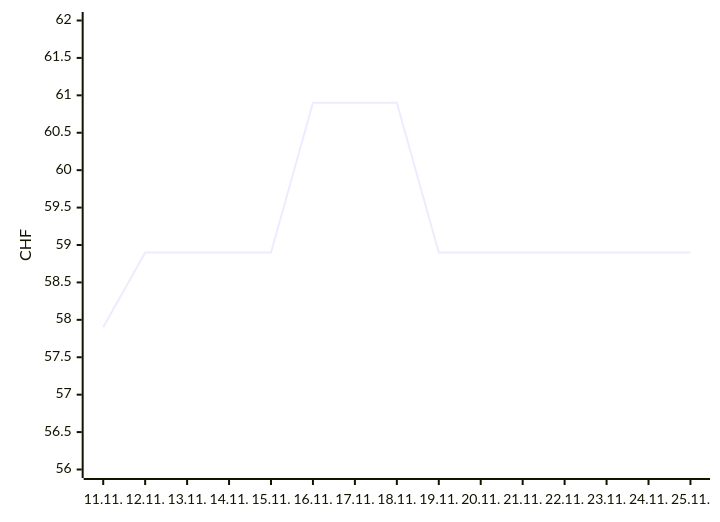
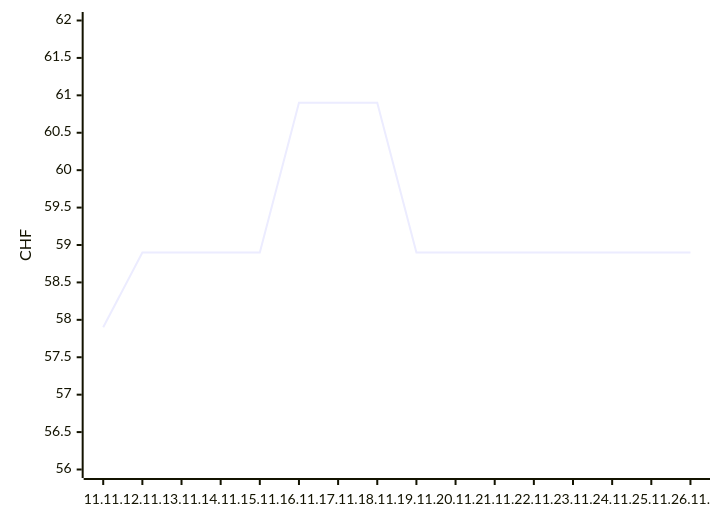
One commit to Akira2828/my-Galaxus-MCP changed the second of 2 diagrams in README.md. Above: the diagram before and after it, drawn with Mermaid. The commit also changed other lines of this file and 1 other file, not shown here.

````diff
--- a/README.md
+++ b/README.md
@@ -25,6 +25,6 @@
 ```mermaid
 xychart-beta
-  x-axis ["11.11.", "12.11.", "13.11.", "14.11.", "15.11.", "16.11.", "17.11.", "18.11.", "19.11.", "20.11.", "21.11.", "22.11.", "23.11.", "24.11.", "25.11."]
+  x-axis ["11.11.", "12.11.", "13.11.", "14.11.", "15.11.", "16.11.", "17.11.", "18.11.", "19.11.", "20.11.", "21.11.", "22.11.", "23.11.", "24.11.", "25.11.", "26.11."]
   y-axis "CHF" 56 --> 62
-  line [57.9, 58.9, 58.9, 58.9, 58.9, 60.9, 60.9, 60.9, 58.9, 58.9, 58.9, 58.9, 58.9, 58.9, 58.9]
+  line [57.9, 58.9, 58.9, 58.9, 58.9, 60.9, 60.9, 60.9, 58.9, 58.9, 58.9, 58.9, 58.9, 58.9, 58.9, 58.9]
 ```
````
